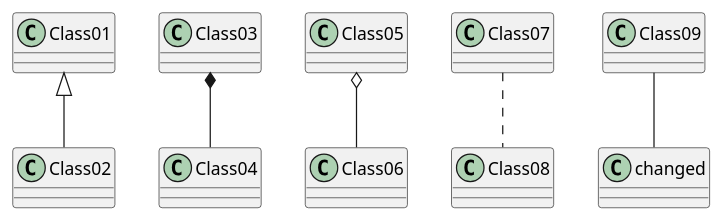
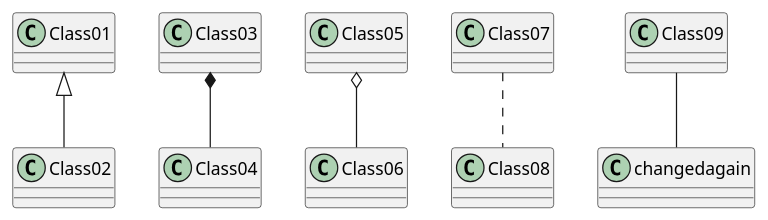
Before and after one commit to weichware10/meilensteine: the diagram in meilenstein_03/test.puml, drawn with PlantUML. The commit also changed 1 other file, not shown here.

```diff
--- a/meilenstein_03/test.puml
+++ b/meilenstein_03/test.puml
@@ -1,7 +1,7 @@
 @startuml test
 Class01 <|-- Class02
 Class03 *-- Class04
 Class05 o-- Class06
 Class07 .. Class08
-Class09 -- changed
+Class09 -- changedagain
 @enduml
```
